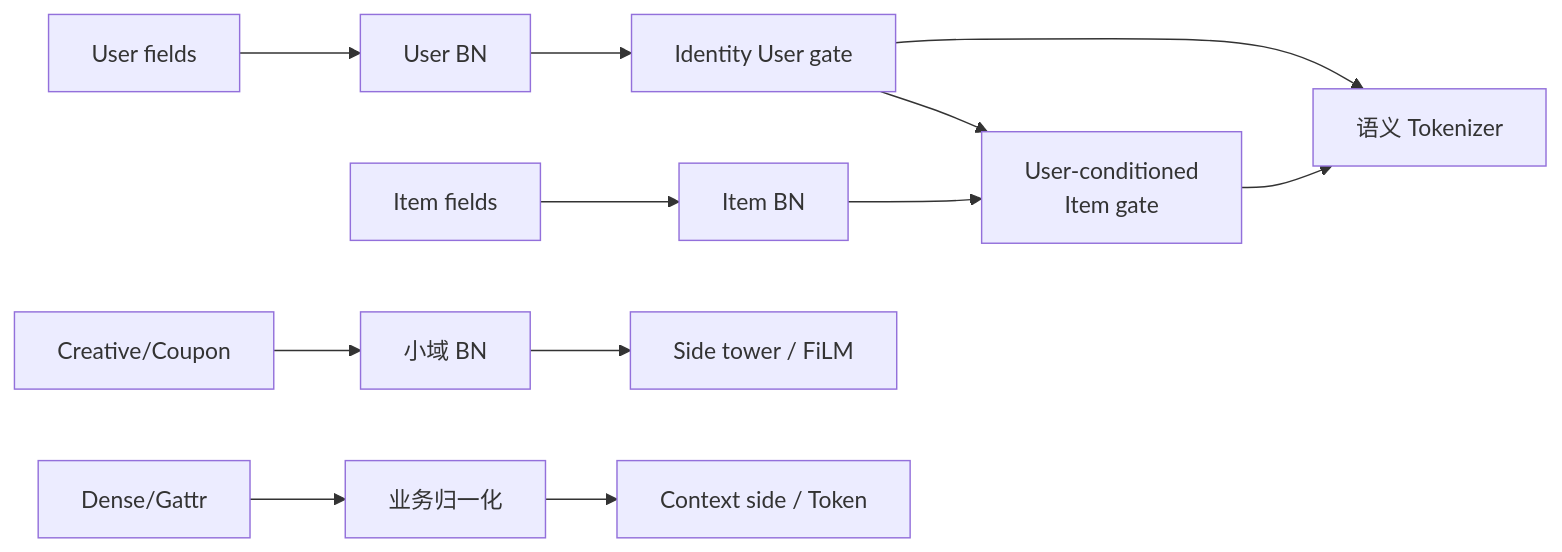
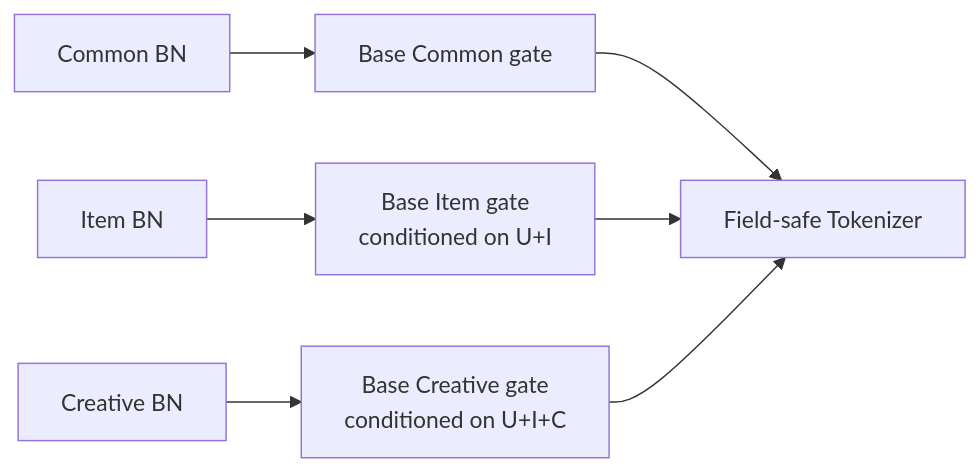
The fourth of 9 diagrams in rankmixer/CVR_RankMixer_全量改进方案_按模块分类.md (Bolt00Y/RAS), drawn with Mermaid before and after one commit. The commit also changed other lines of this file and 4 other files, not shown here.

```diff
--- a/rankmixer/CVR_RankMixer_全量改进方案_按模块分类.md
+++ b/rankmixer/CVR_RankMixer_全量改进方案_按模块分类.md
@@ -376,16 +538,9 @@
 ~~~mermaid
 flowchart LR
-    U0["User fields"] --> UBN["User BN"]
-    I0["Item fields"] --> IBN["Item BN"]
-    C0["Creative/Coupon"] --> CBN["小域 BN"]
-    D0["Dense/Gattr"] --> DN["业务归一化"]
-
-    UBN --> UG["Identity User gate"]
-    UG --> IG["User-conditioned<br/>Item gate"]
-    IBN --> IG
-
-    UG --> TOK["语义 Tokenizer"]
-    IG --> TOK
-    CBN --> SIDE["Side tower / FiLM"]
-    DN --> CTX["Context side / Token"]
+    U["Common BN"] --> GU["Base Common gate"]
+    I["Item BN"] --> GI["Base Item gate<br/>conditioned on U+I"]
+    C["Creative BN"] --> GC["Base Creative gate<br/>conditioned on U+I+C"]
+    GU --> T["Field-safe Tokenizer"]
+    GI --> T
+    GC --> T
 ~~~
```
